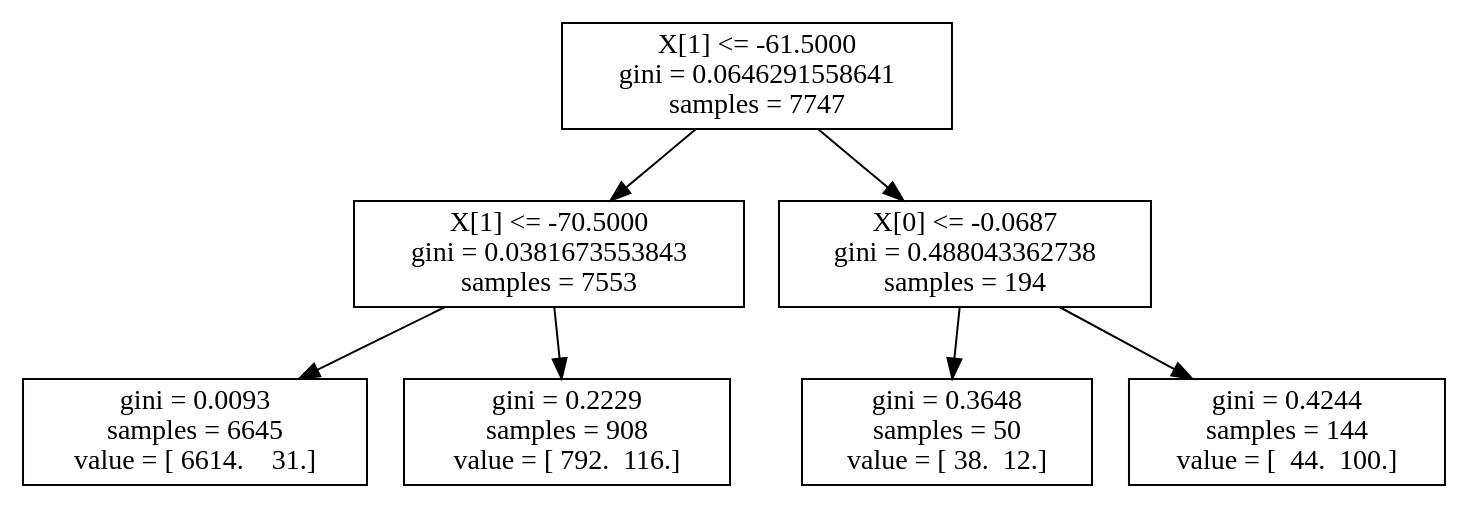
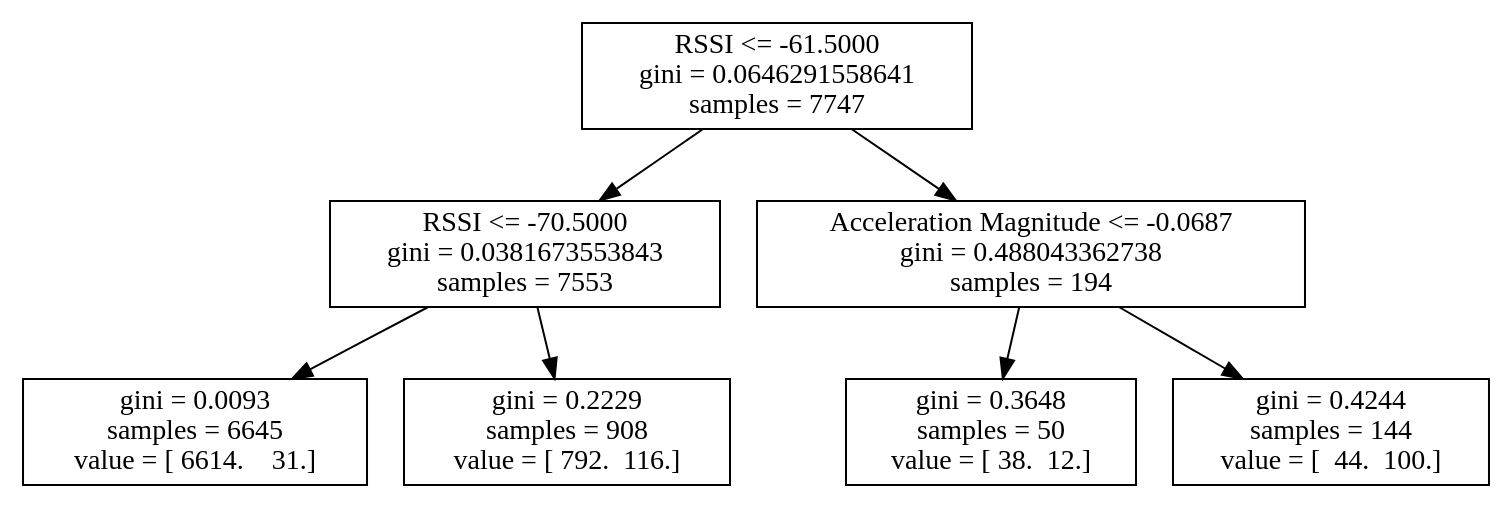
The diagram in logs/4_19/log18.dot (atitus5/6s062-Project), drawn with Graphviz before and after one commit. The commit also changed 73 other files, not shown here.

```diff
--- a/logs/4_19/log18.dot
+++ b/logs/4_19/log18.dot
@@ -1,15 +1,15 @@
 digraph Tree {
-0 [label="X[1] <= -61.5000\ngini = 0.0646291558641\nsamples = 7747", shape="box"] ;
-1 [label="X[1] <= -70.5000\ngini = 0.0381673553843\nsamples = 7553", shape="box"] ;
+0 [label="RSSI <= -61.5000\ngini = 0.0646291558641\nsamples = 7747", shape="box"] ;
+1 [label="RSSI <= -70.5000\ngini = 0.0381673553843\nsamples = 7553", shape="box"] ;
 0 -> 1 ;
 2 [label="gini = 0.0093\nsamples = 6645\nvalue = [ 6614.    31.]", shape="box"] ;
 1 -> 2 ;
 3 [label="gini = 0.2229\nsamples = 908\nvalue = [ 792.  116.]", shape="box"] ;
 1 -> 3 ;
-4 [label="X[0] <= -0.0687\ngini = 0.488043362738\nsamples = 194", shape="box"] ;
+4 [label="Acceleration Magnitude <= -0.0687\ngini = 0.488043362738\nsamples = 194", shape="box"] ;
 0 -> 4 ;
 5 [label="gini = 0.3648\nsamples = 50\nvalue = [ 38.  12.]", shape="box"] ;
 4 -> 5 ;
 6 [label="gini = 0.4244\nsamples = 144\nvalue = [  44.  100.]", shape="box"] ;
 4 -> 6 ;
 }
```
